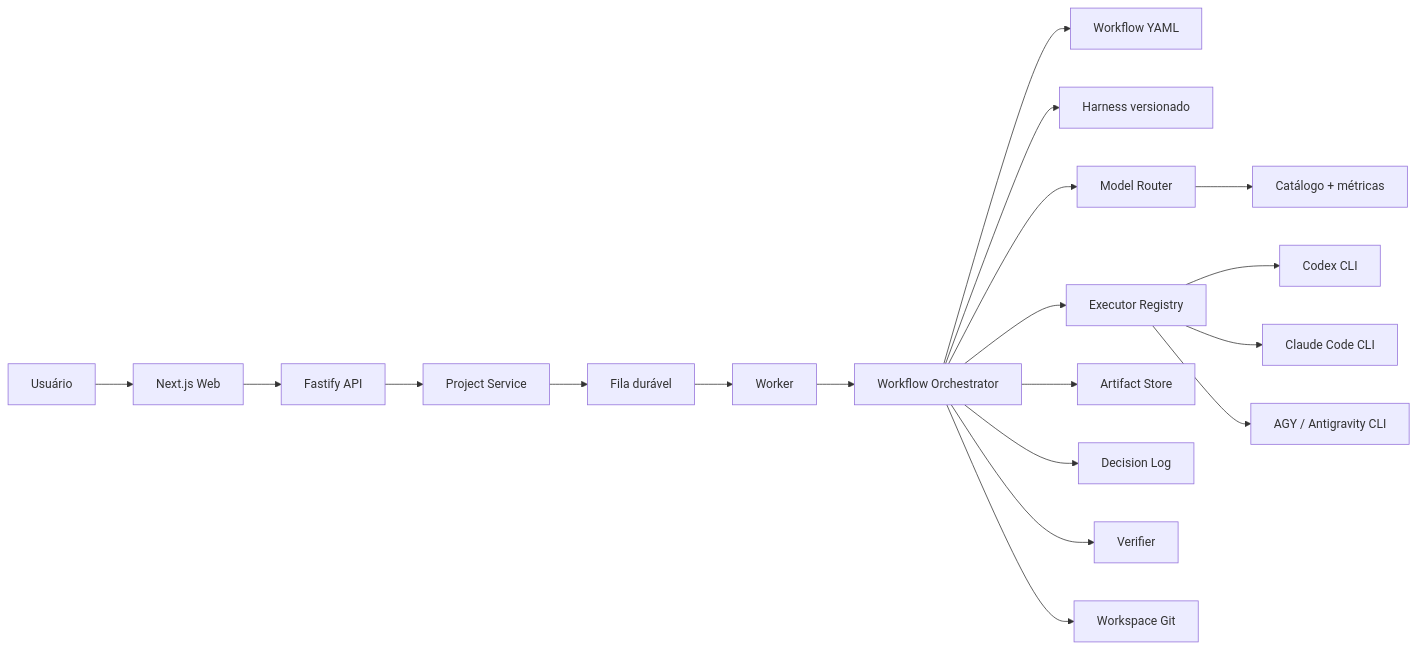
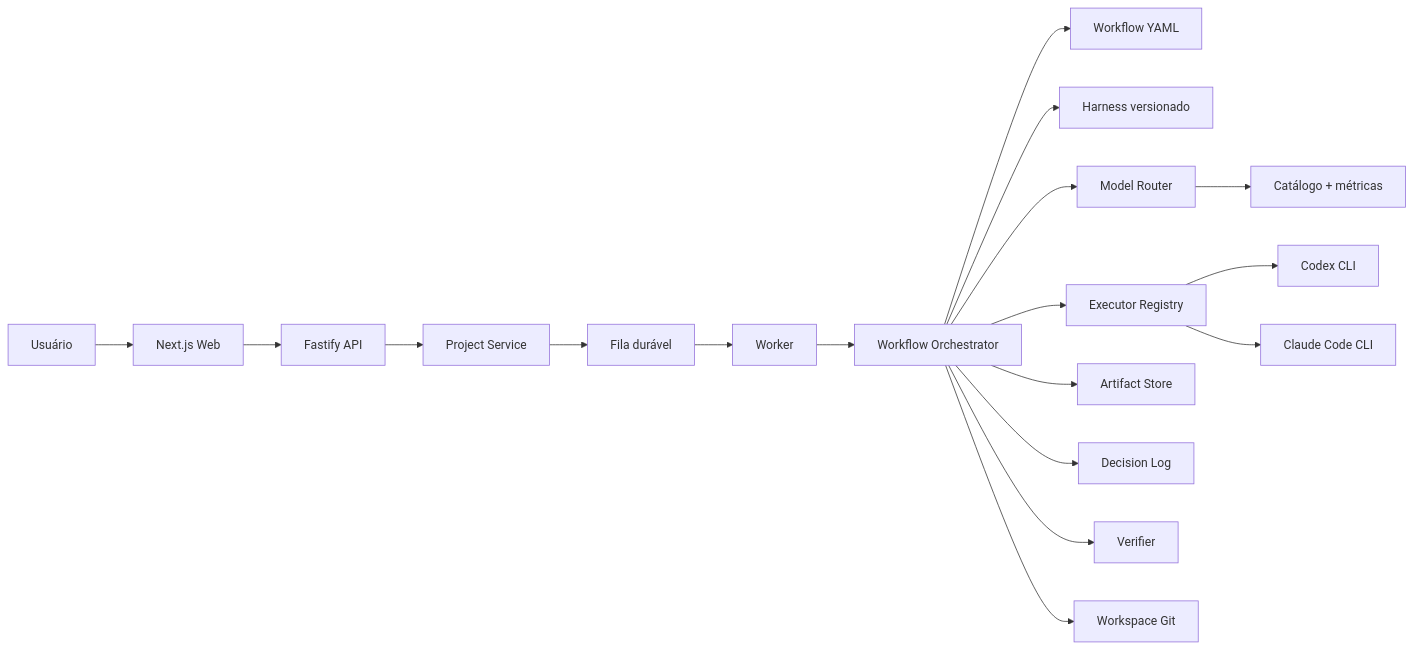
One commit to eedsilva/agent-foundry changed the diagram in README.md. Above: the diagram before and after it, drawn with Mermaid. The commit also changed other lines of this file and 25 other files, not shown here.

````diff
--- a/README.md
+++ b/README.md
@@ -30,23 +30,22 @@
 ```mermaid
 flowchart LR
     U[Usuário] --> W[Next.js Web]
     W --> A[Fastify API]
     A --> P[Project Service]
     P --> Q[Fila durável]
     Q --> K[Worker]
     K --> O[Workflow Orchestrator]
 
     O --> F[Workflow YAML]
     O --> H[Harness versionado]
     O --> R[Model Router]
     R --> M[Catálogo + métricas]
     O --> E[Executor Registry]
     E --> C[Codex CLI]
     E --> L[Claude Code CLI]
-    E --> G[AGY / Antigravity CLI]
 
     O --> S[Artifact Store]
     O --> D[Decision Log]
     O --> V[Verifier]
     O --> X[Workspace Git]
 ```
````
